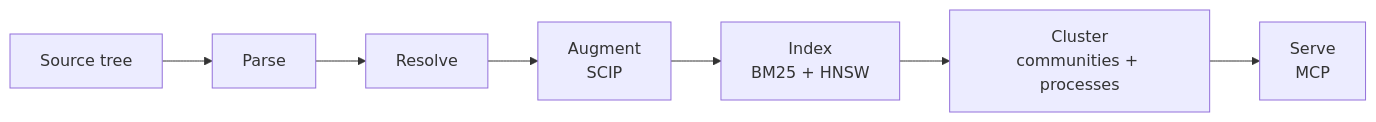
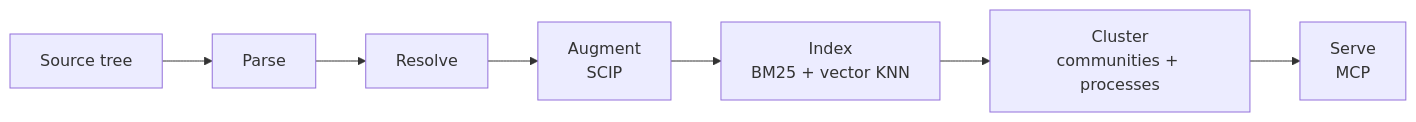
One commit to theagenticguy/opencodehub changed the first of 2 diagrams in packages/docs/src/content/docs/architecture/overview.md. Above: the diagram before and after it, drawn with Mermaid. The commit also changed other lines of this file and 202 other files, not shown here.

````diff
--- a/packages/docs/src/content/docs/architecture/overview.md
+++ b/packages/docs/src/content/docs/architecture/overview.md
@@ -15,9 +15,9 @@
 ```mermaid
 flowchart LR
   tree[Source tree] --> parse[Parse]
   parse --> resolve[Resolve]
   resolve --> augment[Augment<br/>SCIP]
-  augment --> index[Index<br/>BM25 + HNSW]
+  augment --> index[Index<br/>BM25 + vector KNN]
   index --> cluster[Cluster<br/>communities + processes]
   cluster --> serve[Serve<br/>MCP]
 ```
````
